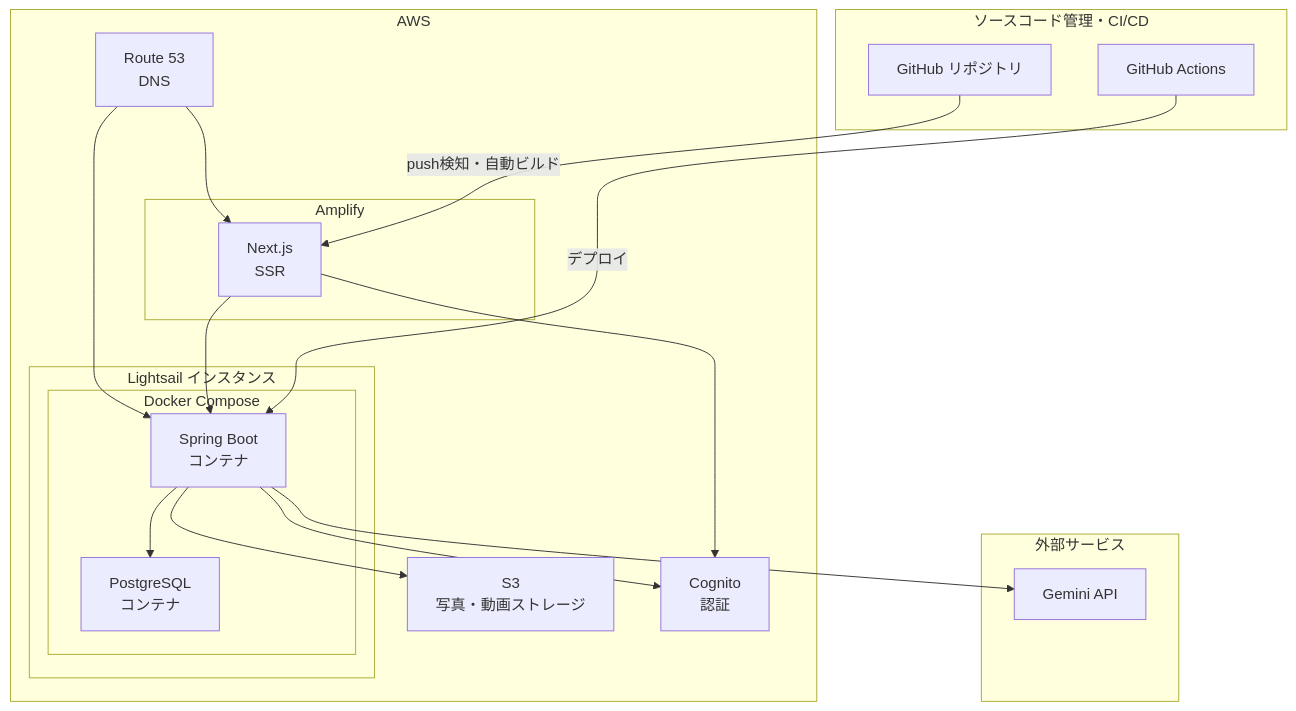
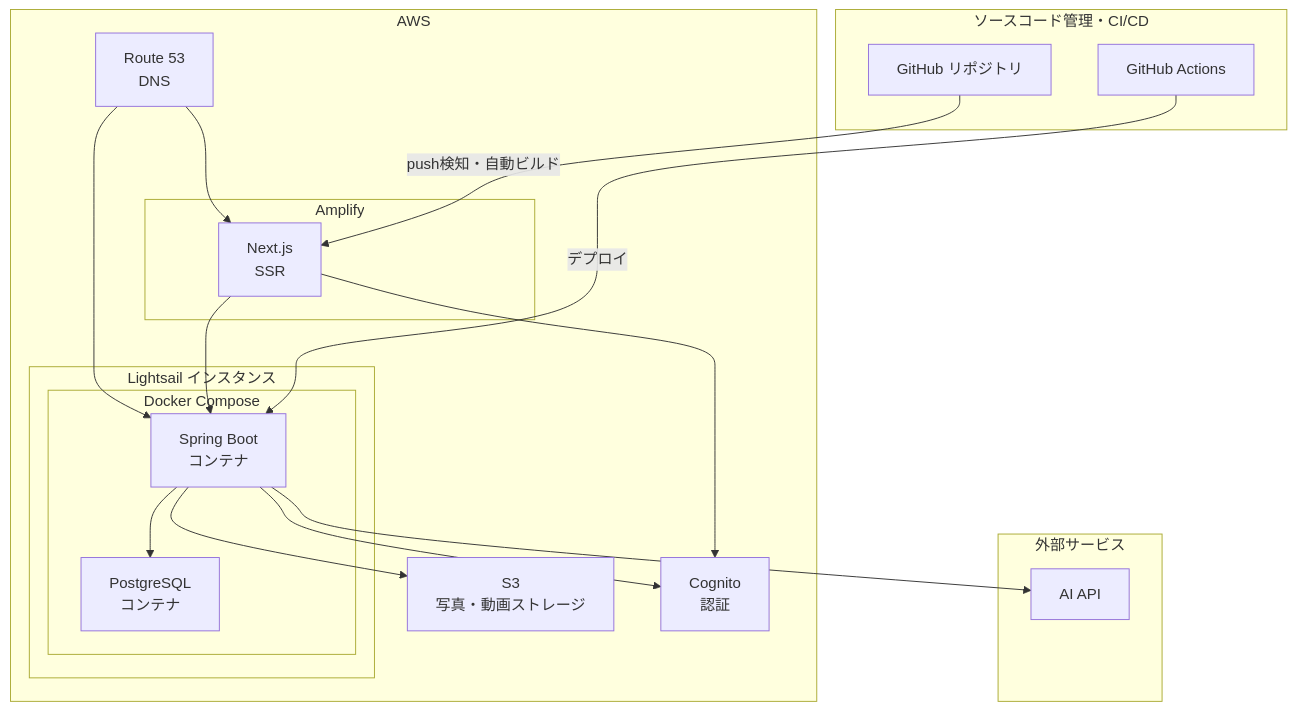
The second of 2 diagrams in docs/architecture.md (sakurai1126/chii-piyo), drawn with Mermaid before and after one commit. The commit also changed other lines of this file and 1 other file, not shown here.

Commit message:
docs: READMEの修正 (#195)
* docs: READMEの修正

* docs: READMEにて生成AI導入モデルを一旦未定にしたためアーキテクチャ設計書を修正

````diff
--- a/docs/architecture.md
+++ b/docs/architecture.md
@@ -76,40 +76,40 @@
 ```mermaid
 graph TB
     subgraph "AWS"
         Route53["Route 53<br/>DNS"]
 
         subgraph "Amplify"
             NextJS["Next.js<br/>SSR"]
         end
 
         subgraph "Lightsail インスタンス"
             subgraph "Docker Compose"
                 SpringBoot["Spring Boot<br/>コンテナ"]
                 PostgreSQL["PostgreSQL<br/>コンテナ"]
             end
         end
 
         S3["S3<br/>写真・動画ストレージ"]
         Cognito["Cognito<br/>認証"]
     end
 
     subgraph "外部サービス"
-        Gemini["Gemini API"]
+        AI["AI API"]
     end
 
     subgraph "ソースコード管理・CI/CD"
         GHA["GitHub Actions"]
         GitHub["GitHub リポジトリ"]
     end
 
     Route53 --> NextJS
     Route53 --> SpringBoot
     NextJS --> SpringBoot
     NextJS --> Cognito
     SpringBoot --> PostgreSQL
     SpringBoot --> S3
     SpringBoot --> Cognito
-    SpringBoot --> Gemini
+    SpringBoot --> AI
     GitHub -->|"push検知・自動ビルド"| NextJS
     GHA -->|"デプロイ"| SpringBoot
 ```
````
